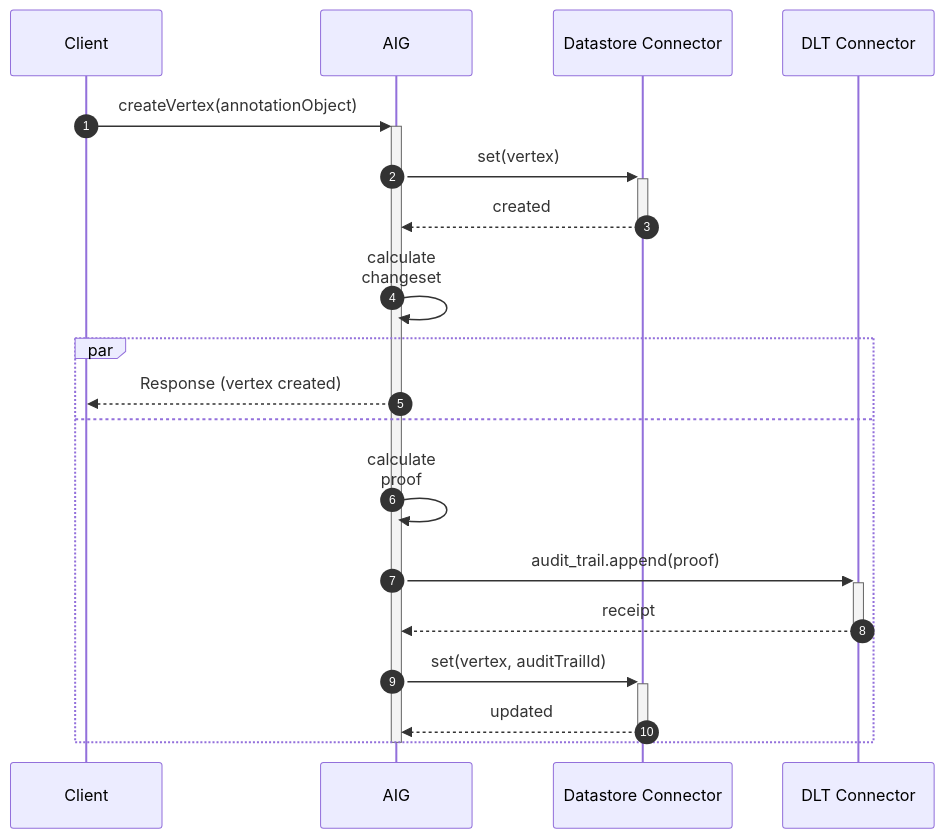
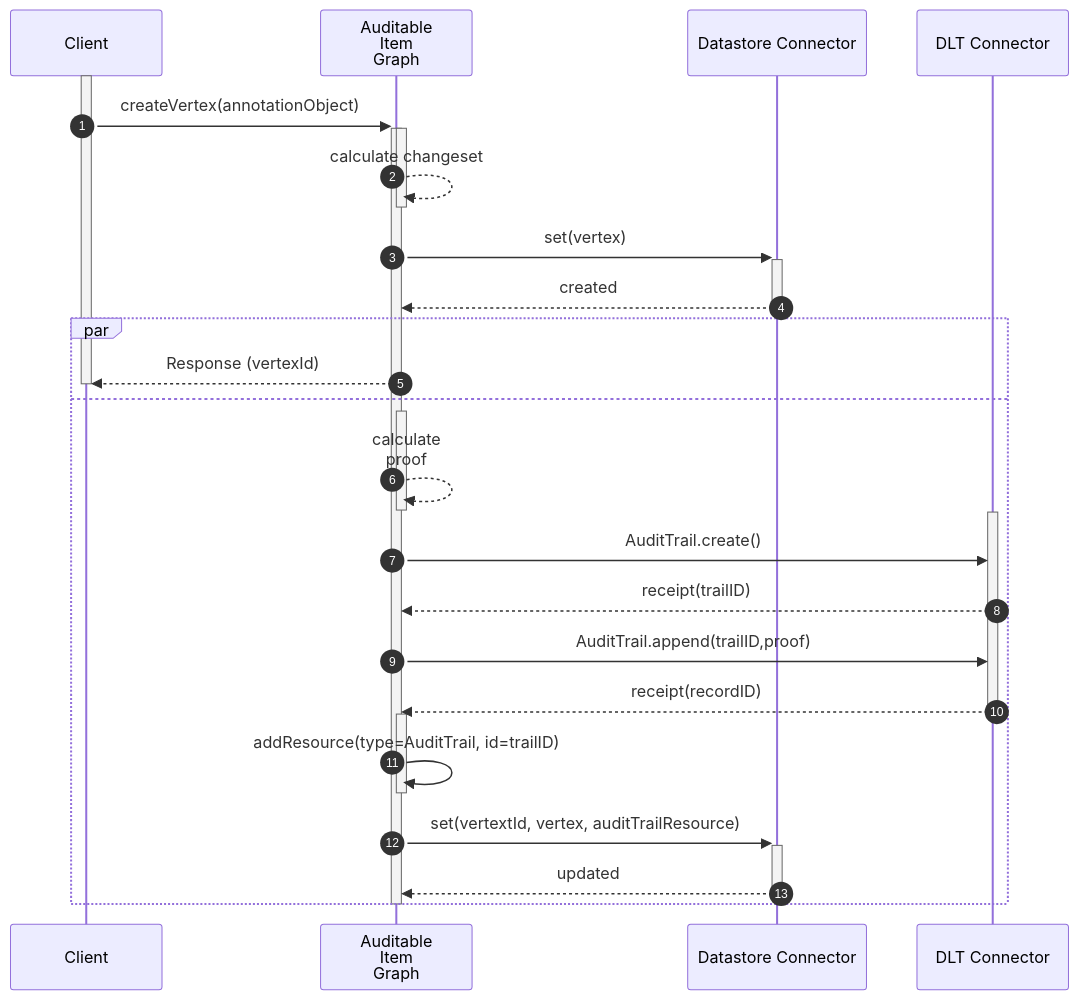
The diagram in aig.mermaid (jmcanterafonseca-iota/twin-paper-diagrams), drawn with Mermaid before and after one commit.

```diff
--- a/aig.mermaid
+++ b/aig.mermaid
@@ -1,31 +1,41 @@
 ---
 config:
   theme: default
 ---
 sequenceDiagram
     %% Define participants with aliases for cleaner labels
     participant C as Client
-    participant AIG as AIG
+    participant AIG as Auditable<br>Item<br>Graph
     participant DS as Datastore Connector
     participant DLT as DLT Connector
     autonumber
 
+    activate C
     %% Step 1: Client initiates
     C->>+AIG: createVertex(annotationObject)
+
+    activate AIG
+    AIG-->>-AIG: calculate changeset
     AIG->>+DS: set(vertex)
     DS-->>-AIG: created
 
-    AIG->>AIG: calculate<br>changeset
-
     par
-        AIG-->>C: Response (vertex created)
+        AIG-->>C: Response (vertexId)
+        deactivate C
     and
-        AIG->>AIG: calculate<br>proof
-        AIG->>+DLT: audit_trail.append(proof)
-        DLT-->>-AIG: receipt
-        AIG->>+DS: set(vertex, auditTrailId)
+        activate AIG
+        AIG-->>-AIG: calculate<br>proof
+        activate DLT
+        AIG->>DLT: AuditTrail.create()
+        DLT-->>-AIG: receipt(trailID)
+        activate DLT
+        AIG->>DLT: AuditTrail.append(trailID,proof)
+        DLT-->>-AIG: receipt(recordID)
+        activate AIG
+        AIG->>-AIG: addResource(type=AuditTrail, id=trailID)
+        AIG->>+DS: set(vertextId, vertex, auditTrailResource)
         DS-->>-AIG: updated
     end
     %% PARALLEL TASKS END HERE
     %% Manually deactivate AIG after all parallel tasks finish
     deactivate AIG
```
